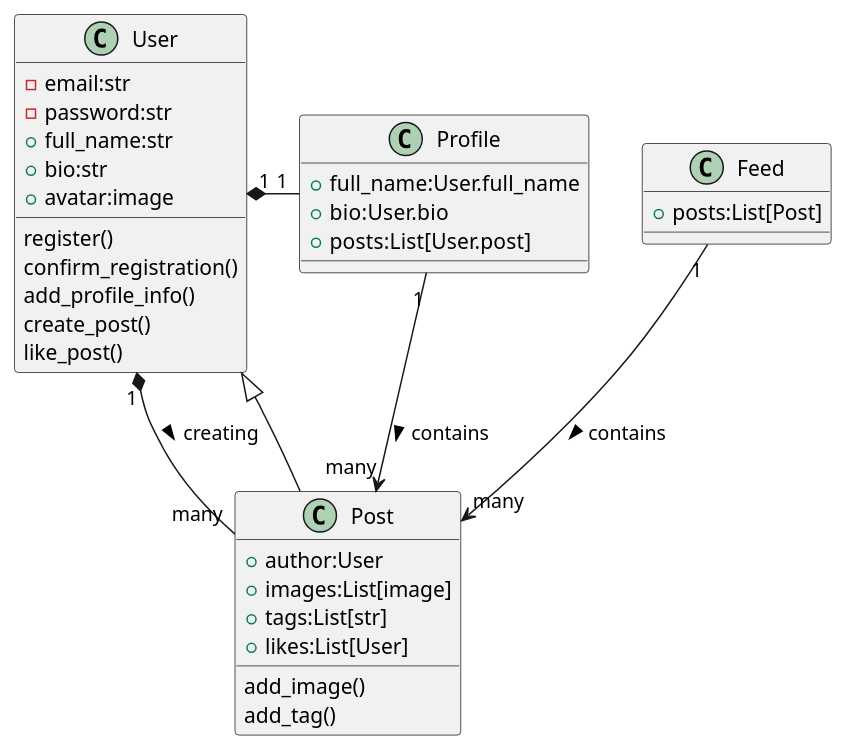
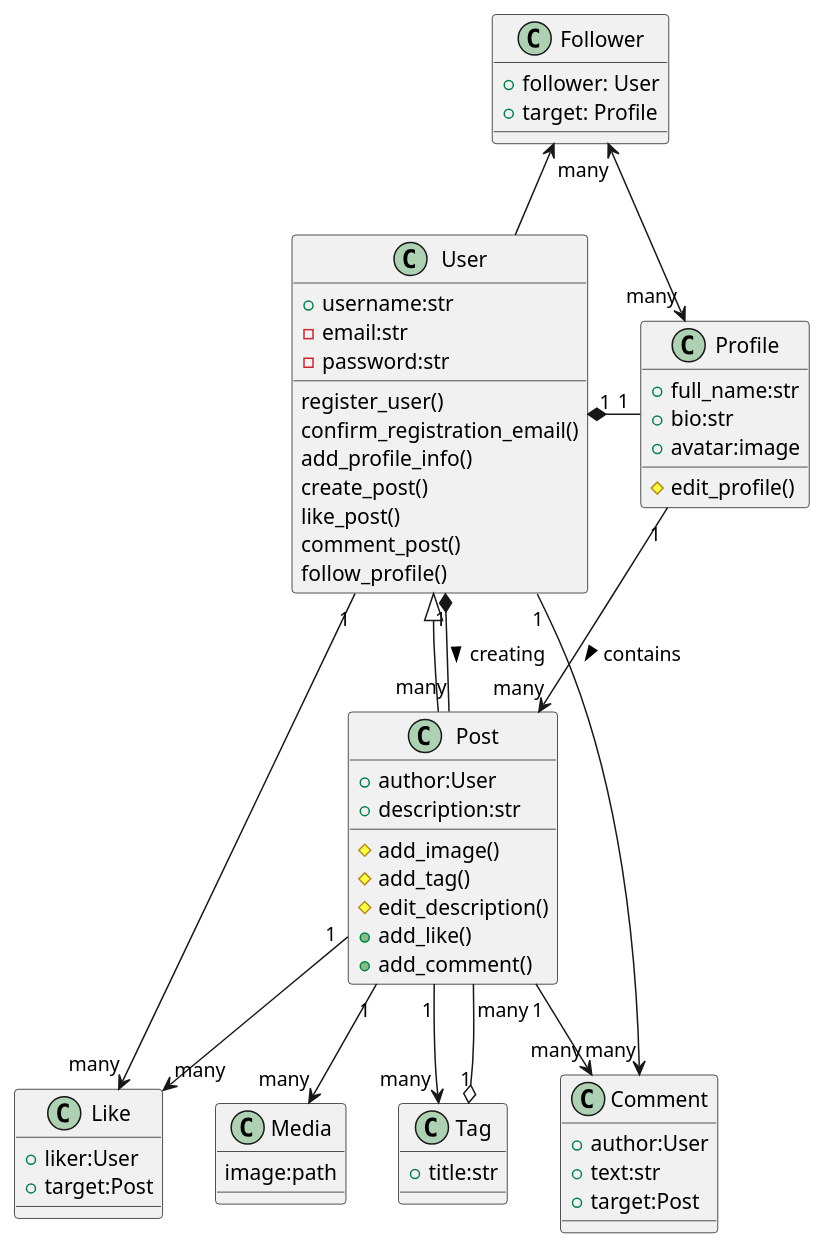
The diagram in DjangoGramm.puml (Ihor-Prokopenko/DjangoGramm), drawn with PlantUML before and after one commit.

Commit message:
refactored UML structure

```diff
--- a/DjangoGramm.puml
+++ b/DjangoGramm.puml
@@ -1,49 +1,85 @@
 @startuml
 
 
 class User
 class Post
 class Profile
-class Feed
+class Media
+class Tag
+class Like
+class Comment
+class Follower
+
 
 class User {
+    +username:str
     -email:str
     -password:str
-    +full_name:str
-    +bio:str
-    +avatar:image
-    register()
-    confirm_registration()
+    register_user()
+    confirm_registration_email()
     add_profile_info()
     create_post()
     like_post()
+    comment_post()
+    follow_profile()
 }
 
 class Post {
     +author:User
-    +images:List[image]
-    +tags:List[str]
-    +likes:List[User]
-    add_image()
-    add_tag()
+    +description:str
+    #add_image()
+    #add_tag()
+    #edit_description()
+    +add_like()
+    +add_comment()
 }
 
 class Profile {
-    +full_name:User.full_name
-    +bio:User.bio
-    +posts:List[User.post]
+    +full_name:str
+    +bio:str
+    +avatar:image
+    #edit_profile()
 }
 
-class Feed {
-    +posts:List[Post]
+class Tag {
+    +title:str
 }
+
+class Like {
+    +liker:User
+    +target:Post
+}
+
+class Media {
+    image:path
+}
+
+class Comment {
+    +author:User
+    +text:str
+    +target:Post
+}
+
+class Follower {
+    +follower: User
+    +target: Profile
+}
+
 
 User "1" *- "many" Post : creating >
 User "1" *- "1" Profile
-Feed "1" --> "many" Post : contains >
+User "1"-->"many" Like
+User "1"-->"many" Comment
 Profile "1" --> "many" Post : contains >
 Post --|> User
+Post "1"-->"many" Media
+Post "1"-->"many" Tag
+Post "1"-->"many" Comment
+Post "1"-->"many" Like
+Tag "1" o-- "many" Post
+Follower "many"<-->"many" Profile
+Follower <-- User
 
 
 
 @enduml
```
